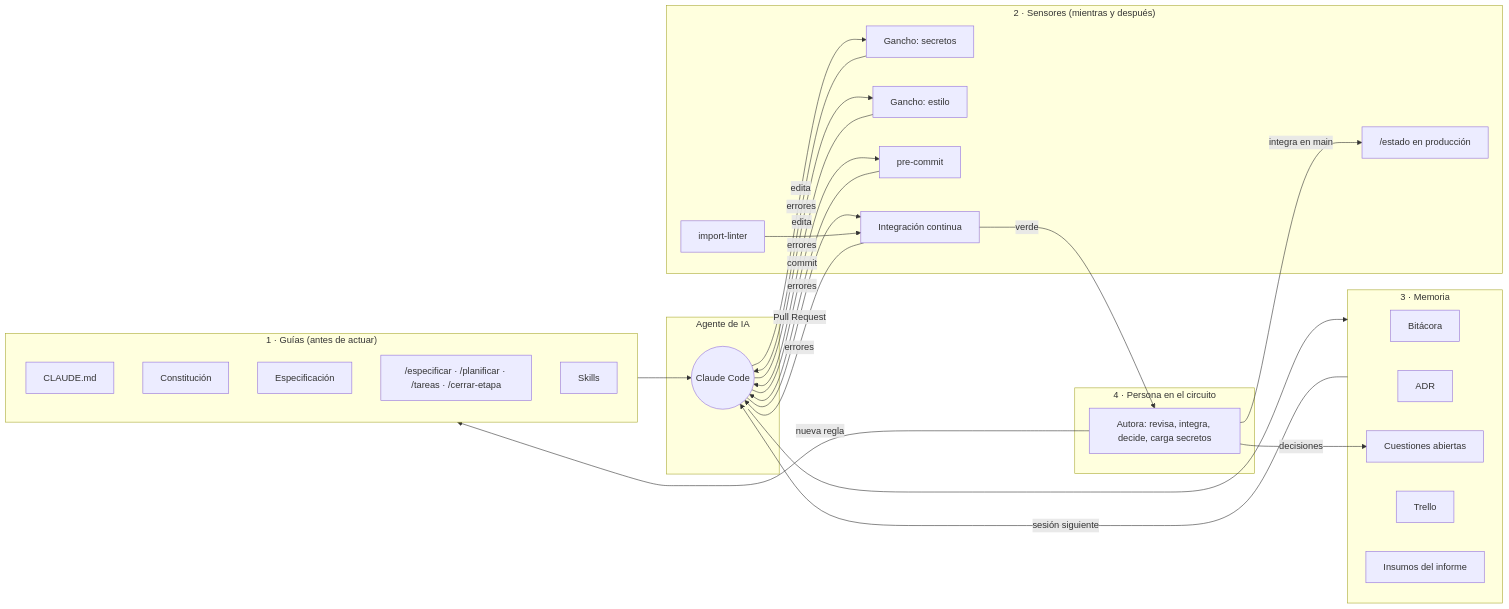
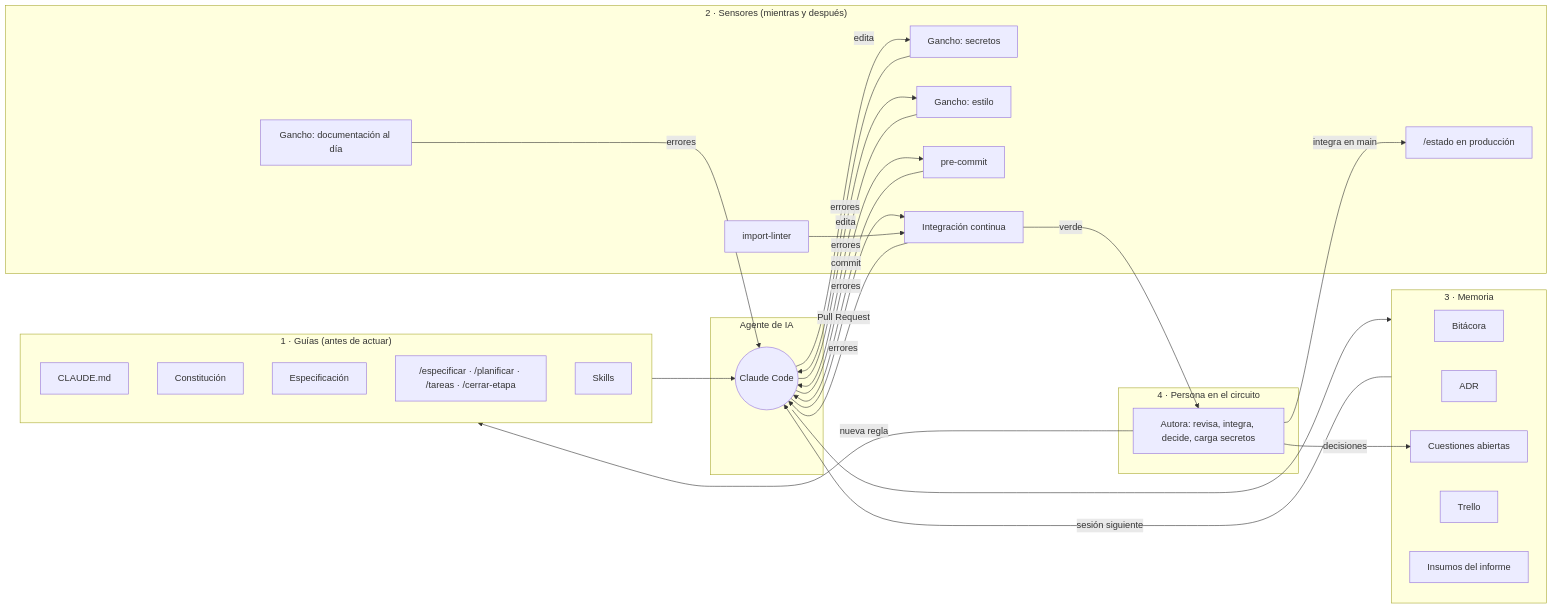
Before and after one commit to valentinasalmon/PFG-sistema-deteccion-IA: the diagram in docs/arnes/README.md, drawn with Mermaid. The commit also changed other lines of this file and 8 other files, not shown here.

````diff
--- a/docs/arnes/README.md
+++ b/docs/arnes/README.md
@@ -11,43 +11,44 @@
 ```mermaid
 flowchart LR
     subgraph Guias["1 · Guías (antes de actuar)"]
         C[CLAUDE.md]
         K[Constitución]
         E[Especificación]
         CMD["/especificar · /planificar · /tareas · /cerrar-etapa"]
         S[Skills]
     end
     subgraph Agente["Agente de IA"]
         A((Claude Code))
     end
     subgraph Sensores["2 · Sensores (mientras y después)"]
         G1[Gancho: secretos]
         G2[Gancho: estilo]
+        G3[Gancho: documentación al día]
         PC[pre-commit]
         IL[import-linter]
         CI[Integración continua]
         EST["/estado en producción"]
     end
     subgraph Memoria["3 · Memoria"]
         B[Bitácora]
         ADR[ADR]
         CA[Cuestiones abiertas]
         T[Trello]
         I[Insumos del informe]
     end
     subgraph Persona["4 · Persona en el circuito"]
         P[Autora: revisa, integra, decide, carga secretos]
     end
     Guias --> A
     A -->|edita| G1 & G2
     A -->|commit| PC
     A -->|Pull Request| CI
     IL --> CI
-    G1 & G2 & PC & CI -->|errores| A
+    G1 & G2 & G3 & PC & CI -->|errores| A
     A --> Memoria
     Memoria -->|sesión siguiente| A
     CI -->|verde| P
     P -->|integra en main| EST
     P -->|decisiones| CA
     P -->|nueva regla| Guias
 ```
````
